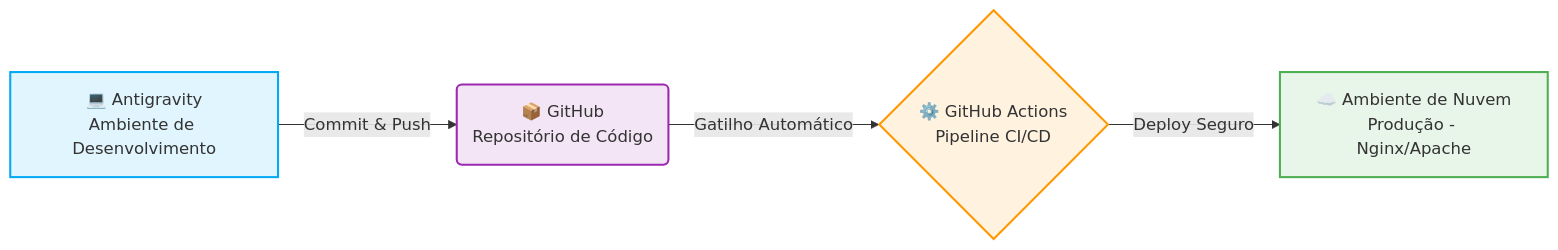
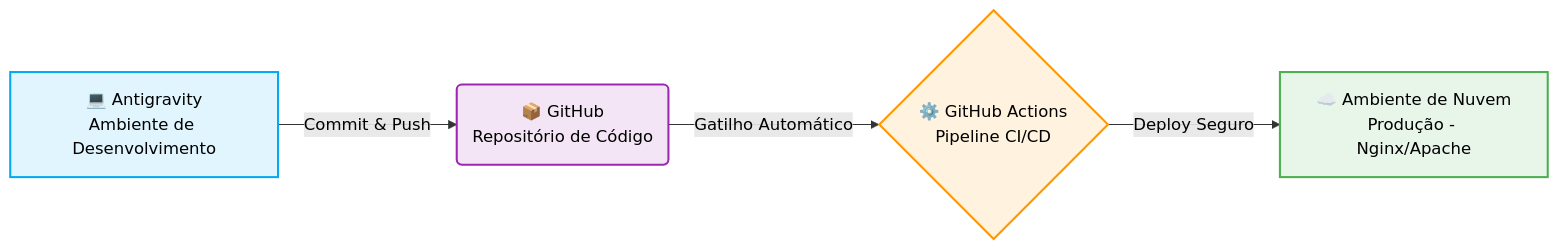
Before and after one commit to ziraldocardoso/Projeto_Aplicado-praticas_de_mercado: the second of 2 diagrams in Escopo_e_elementos_obrigatorios.md, drawn with Mermaid. The commit also changed other lines of this file, not shown here.

Commit message:
Formata fontes dos diagramas Mermaid para preto e adiciona sublinhado nas metas obrigatórias

````diff
--- a/Escopo_e_elementos_obrigatorios.md
+++ b/Escopo_e_elementos_obrigatorios.md
@@ -102,12 +103,13 @@
 ```mermaid
 graph LR
     A[💻 Antigravity<br/>Ambiente de Desenvolvimento] -->|Commit & Push| B(📦 GitHub<br/>Repositório de Código)
     B -->|Gatilho Automático| C{⚙️ GitHub Actions<br/>Pipeline CI/CD}
     C -->|Deploy Seguro| D[☁️ Ambiente de Nuvem<br/>Produção - Nginx/Apache]
     
-    style A fill:#e1f5fe,stroke:#03a9f4,stroke-width:2px
-    style B fill:#f3e5f5,stroke:#9c27b0,stroke-width:2px
-    style C fill:#fff3e0,stroke:#ff9800,stroke-width:2px
-    style D fill:#e8f5e9,stroke:#4caf50,stroke-width:2px
+    style A fill:#e1f5fe,stroke:#03a9f4,stroke-width:2px,color:#000000
+    style B fill:#f3e5f5,stroke:#9c27b0,stroke-width:2px,color:#000000
+    style C fill:#fff3e0,stroke:#ff9800,stroke-width:2px,color:#000000
+    style D fill:#e8f5e9,stroke:#4caf50,stroke-width:2px,color:#000000
+    linkStyle default color:#000000
 
 ```
````
